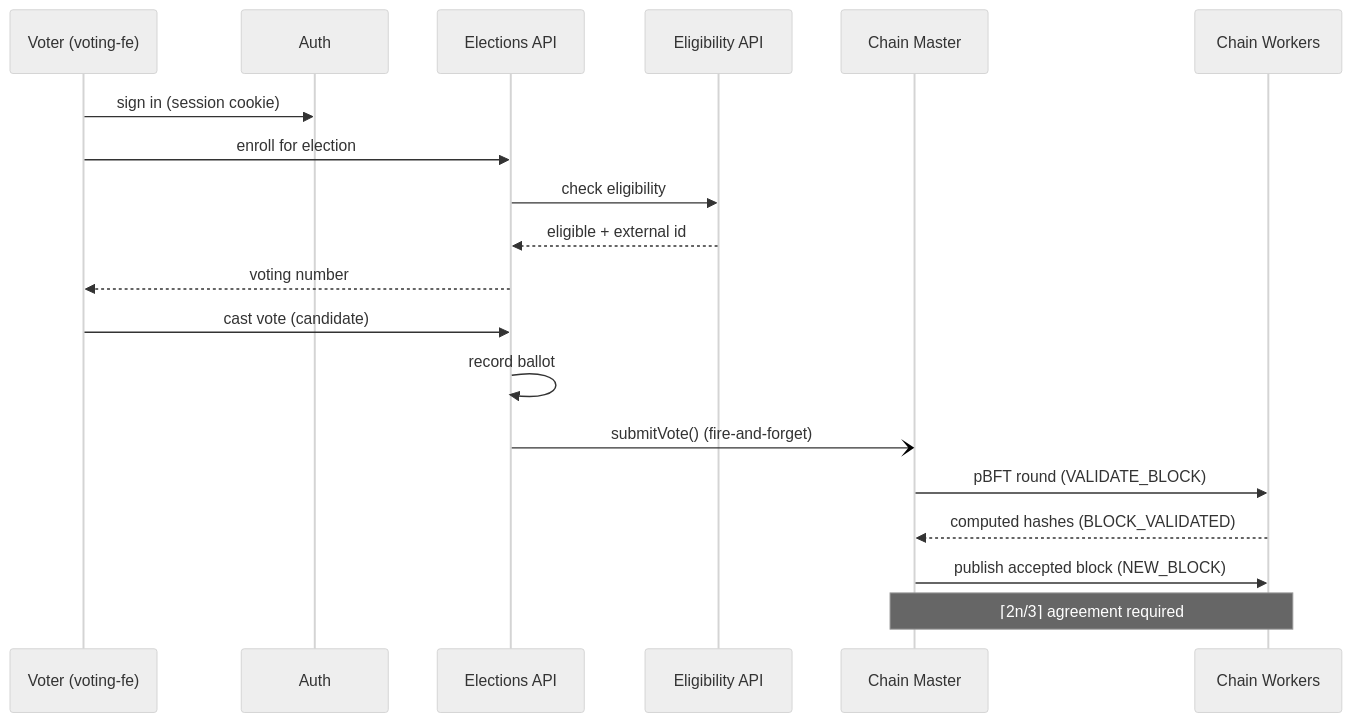
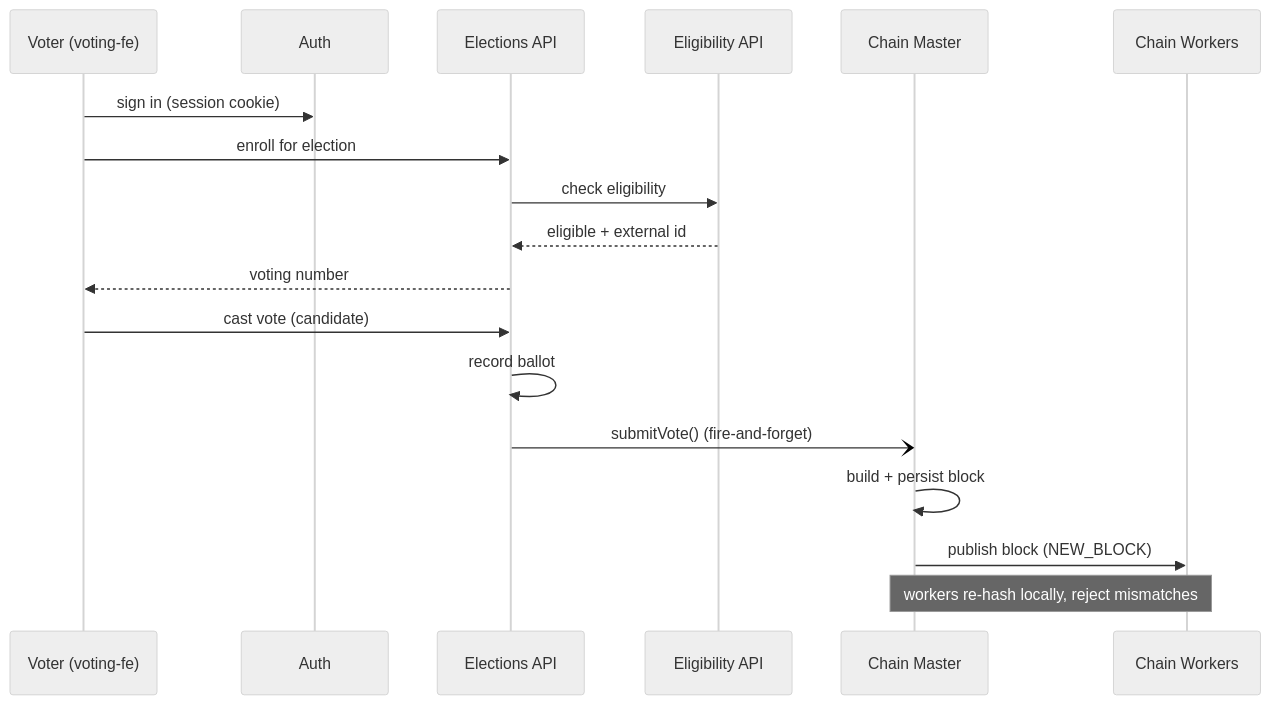
The second of 2 diagrams in docs/architecture.md (irumvanselme/ToraChain), drawn with Mermaid (neutral theme) before and after one commit. The commit also changed other lines of this file and 17 other files, not shown here.

Commit message:
feat: refactor master and worker nodes to simplify Pub/Sub architecture and remove pBFT consensus logic

````diff
--- a/docs/architecture.md
+++ b/docs/architecture.md
@@ -52,22 +52,21 @@
 ```mermaid
 sequenceDiagram
     participant V as Voter (voting-fe)
     participant A as Auth
     participant B as Elections API
     participant E as Eligibility API
     participant M as Chain Master
     participant W as Chain Workers
 
     V->>A: sign in (session cookie)
     V->>B: enroll for election
     B->>E: check eligibility
     E-->>B: eligible + external id
     B-->>V: voting number
     V->>B: cast vote (candidate)
     B->>B: record ballot
     B-)M: submitVote() (fire-and-forget)
-    M->>W: pBFT round (VALIDATE_BLOCK)
-    W-->>M: computed hashes (BLOCK_VALIDATED)
-    M->>W: publish accepted block (NEW_BLOCK)
-    Note over M,W: ⌈2n/3⌉ agreement required
+    M->>M: build + persist block
+    M->>W: publish block (NEW_BLOCK)
+    Note over M,W: workers re-hash locally, reject mismatches
 ```
````
